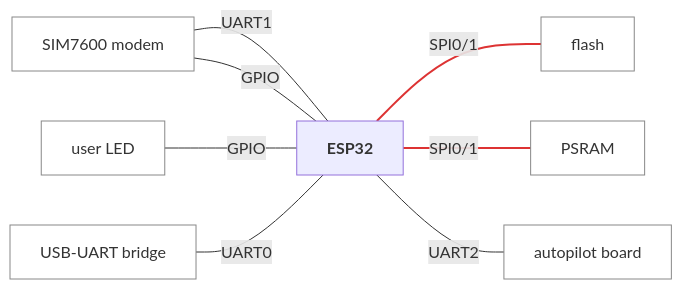
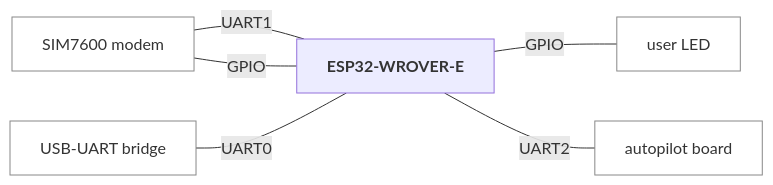
The second of 4 diagrams in examples/gateway/diagrams.md (jRmx0/esp-architecture), drawn with Mermaid before and after one commit. The commit also changed other lines of this file and 5 other files, not shown here.

Commit message:
Block level 1: ESP32-WROVER-E module box, external devices only; hardware.description for what is inside

````diff
--- a/examples/gateway/diagrams.md
+++ b/examples/gateway/diagrams.md
@@ -29,20 +29,15 @@
 ```mermaid
 flowchart LR
-  cpu_box["<b>ESP32</b>"]
+  cpu_box["<b>ESP32-WROVER-E</b>"]
   n_sim7600["SIM7600 modem"]
   n_user_led["user LED"]
   n_autopilot_board["autopilot board"]
   n_ch9102["USB-UART bridge"]
-  n_flash["flash"]
-  n_psram["PSRAM"]
   n_sim7600 ---|"UART1"| cpu_box
   n_sim7600 ---|"GPIO"| cpu_box
-  n_user_led ---|"GPIO"| cpu_box
   n_ch9102 ---|"UART0"| cpu_box
-  cpu_box ---|"SPI0/1"| n_flash
-  cpu_box ---|"SPI0/1"| n_psram
+  cpu_box ---|"GPIO"| n_user_led
   cpu_box ---|"UART2"| n_autopilot_board
   classDef device fill:none,stroke:#888
-  class n_sim7600,n_user_led,n_autopilot_board,n_ch9102,n_flash,n_psram device
-  linkStyle 4,5 stroke:#d33,stroke-width:2px
+  class n_sim7600,n_user_led,n_autopilot_board,n_ch9102 device
 ```
````
